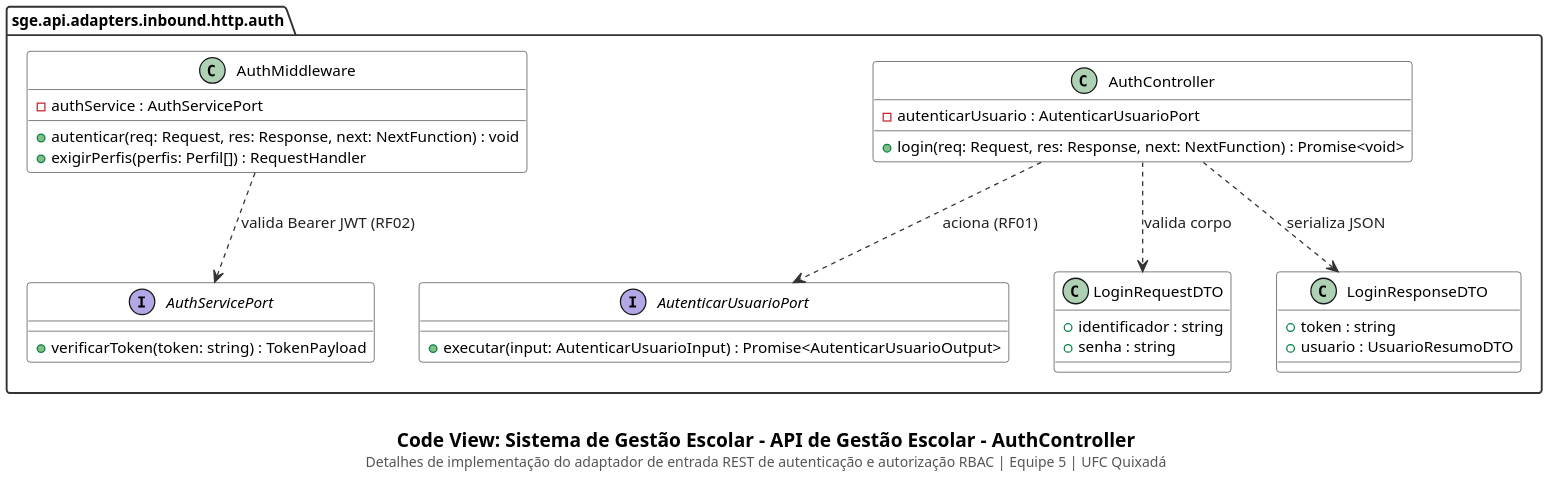
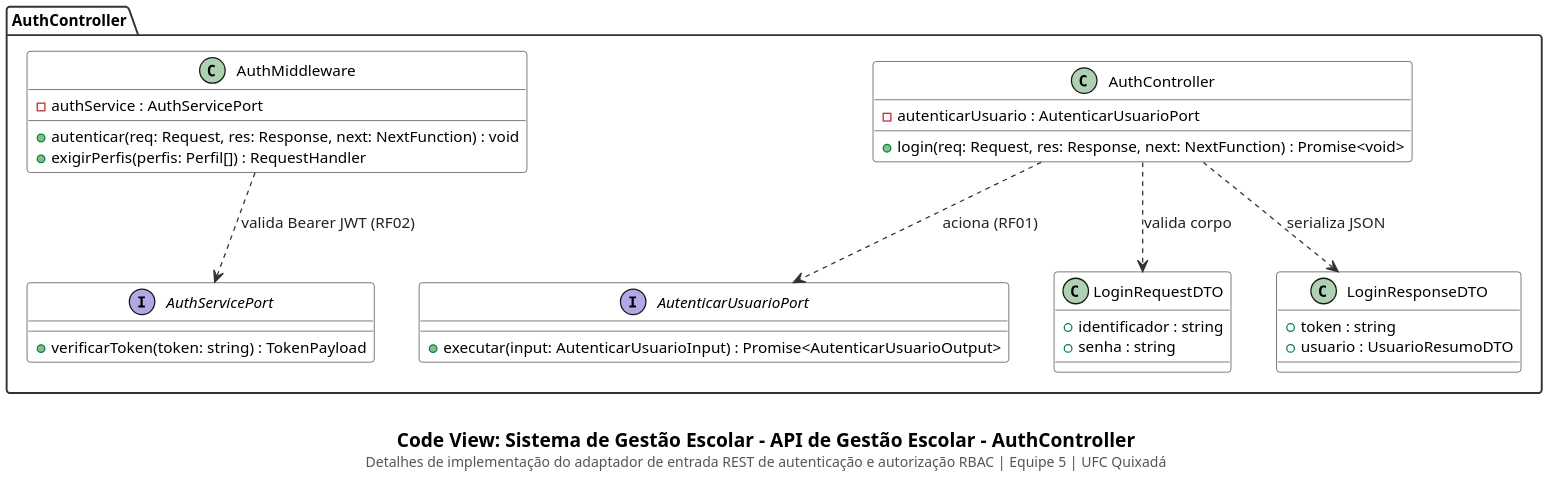
The diagram in docs/code/auth-controller.puml (cicerocarnauba/sistema-gestao-escolar), drawn with PlantUML before and after one commit. The commit also changed 14 other files, not shown here.

```diff
--- a/docs/code/auth-controller.puml
+++ b/docs/code/auth-controller.puml
@@ -1,58 +1,58 @@
 @startuml
 set separator none
 top to bottom direction
 skinparam backgroundColor #FFFFFF
 skinparam shadowing false
 skinparam dpi 180
 skinparam defaultFontName "SansSerif"
 skinparam defaultFontSize 12
 skinparam packageStyle folder
 skinparam packageBackgroundColor #FFFFFF
 skinparam packageBorderColor #333333
 skinparam packageFontStyle bold
 skinparam classBackgroundColor #FFFFFF
 skinparam classHeaderBackgroundColor #FFFFFF
 skinparam classBorderColor #333333
 skinparam arrowColor #333333
 skinparam arrowFontColor #222222
 skinparam noteBackgroundColor #FAFAFA
 skinparam noteBorderColor #666666
 
-package "sge.api.adapters.inbound.http.auth" {
+package "AuthController" as pkg_auth_controller {
     interface AutenticarUsuarioPort {
         + executar(input: AutenticarUsuarioInput) : Promise<AutenticarUsuarioOutput>
     }
 
     interface AuthServicePort {
         + verificarToken(token: string) : TokenPayload
     }
 
     class AuthController {
         - autenticarUsuario : AutenticarUsuarioPort
         + login(req: Request, res: Response, next: NextFunction) : Promise<void>
     }
 
     class AuthMiddleware {
         - authService : AuthServicePort
         + autenticar(req: Request, res: Response, next: NextFunction) : void
         + exigirPerfis(perfis: Perfil[]) : RequestHandler
     }
 
     class LoginRequestDTO {
         + identificador : string
         + senha : string
     }
 
     class LoginResponseDTO {
         + token : string
         + usuario : UsuarioResumoDTO
     }
 
     AuthController ..> AutenticarUsuarioPort : aciona (RF01)
     AuthController ..> LoginRequestDTO : valida corpo
     AuthController ..> LoginResponseDTO : serializa JSON
     AuthMiddleware ..> AuthServicePort : valida Bearer JWT (RF02)
 }
 
 caption \n<size:15><b>Code View: Sistema de Gestão Escolar - API de Gestão Escolar - AuthController</b></size>\n<size:11><color:#555555>Detalhes de implementação do adaptador de entrada REST de autenticação e autorização RBAC | Equipe 5 | UFC Quixadá</color></size>
 @enduml
```
